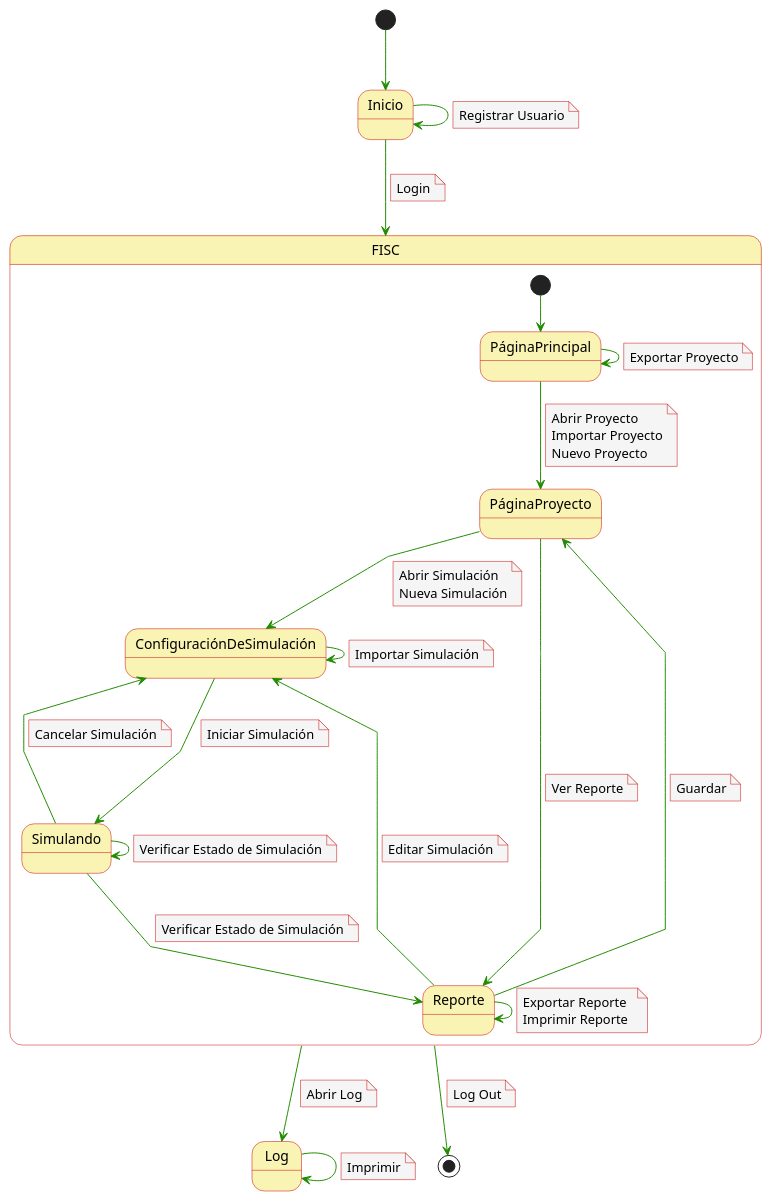
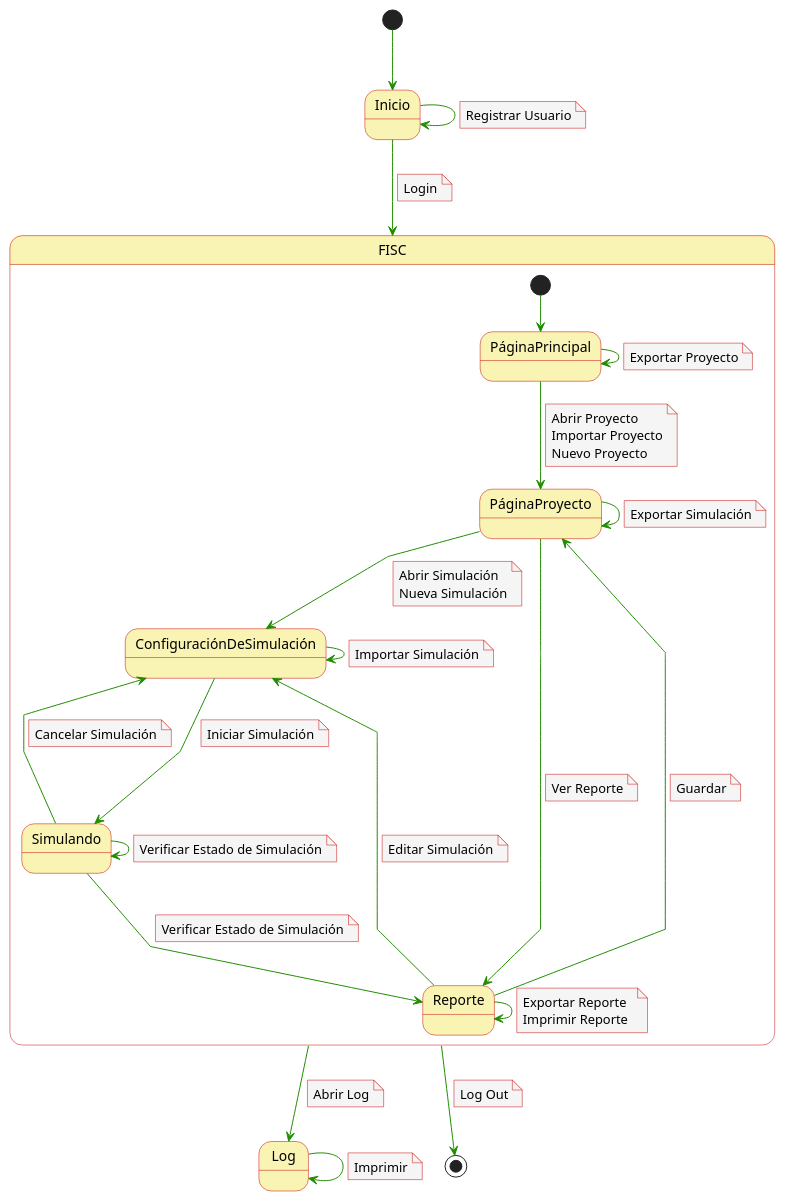
Before and after one commit to mmasias/23-24-IdSw1-SDR: the diagram in casosDeUso/diagramaContexto.puml, drawn with PlantUML. The commit also changed 2 other files, not shown here.

Commit message:
Mejoras Diagrama de Contexto

```diff
--- a/casosDeUso/diagramaContexto.puml
+++ b/casosDeUso/diagramaContexto.puml
@@ -1,95 +1,99 @@
 @startuml
 skinparam noteBackgroundColor #f5f5f5
 skinparam noteBorderColor #c90000
 skinparam arrowColor #218c00
 skinparam stateBackgroundColor #faf4b4
 skinparam stateBorderColor #c90000
 skinparam linetype polyline
 skinparam arrowThickness 1
 
 [*] --> Inicio
 
 Inicio -d-> FISC 
 note on link
   Login
 end note
 Inicio -d-> Inicio
 note on link
   Registrar Usuario
 end note
 
 State FISC {
 [*] --> PáginaPrincipal 
 
 PáginaPrincipal -d-> PáginaProyecto
 note on link
   Abrir Proyecto 
   Importar Proyecto
   Nuevo Proyecto 
 end note 
 PáginaPrincipal -d-> PáginaPrincipal
 note on link
   Exportar Proyecto
 end note 
 
 PáginaProyecto -d-> ConfiguraciónDeSimulación
 note on link
   Abrir Simulación
   Nueva Simulación
 end note 
 PáginaProyecto ---> Reporte
 note on link
   Ver Reporte
 end note 
+PáginaProyecto ---> PáginaProyecto
+note on link
+  Exportar Simulación
+end note
 
 ConfiguraciónDeSimulación -d-> Simulando
 note on link
   Iniciar Simulación
 end note 
 ConfiguraciónDeSimulación -d-> ConfiguraciónDeSimulación
 note on link
   Importar Simulación
 end note  
 
 Simulando ---> ConfiguraciónDeSimulación
 note on link
   Cancelar Simulación
 end note 
 Simulando ---> Simulando
 note on link
   Verificar Estado de Simulación
 end note 
 Simulando ---> Reporte
 note on link
   Verificar Estado de Simulación
 end note 
 
 Reporte -d-> Reporte
 note on link
   Exportar Reporte  
   Imprimir Reporte
 end note 
 Reporte -d-> PáginaProyecto
 note on link
   Guardar
 end note 
 Reporte -d-> ConfiguraciónDeSimulación
 note on link
   Editar Simulación
 end note 
 }
 
 Log ---> Log
 note on link
   Imprimir
 end note 
 FISC -d-> Log
 note on link
   Abrir Log
 end note 
 FISC --> [*]
 note on link
   Log Out
 end note 
 
 @enduml
```
